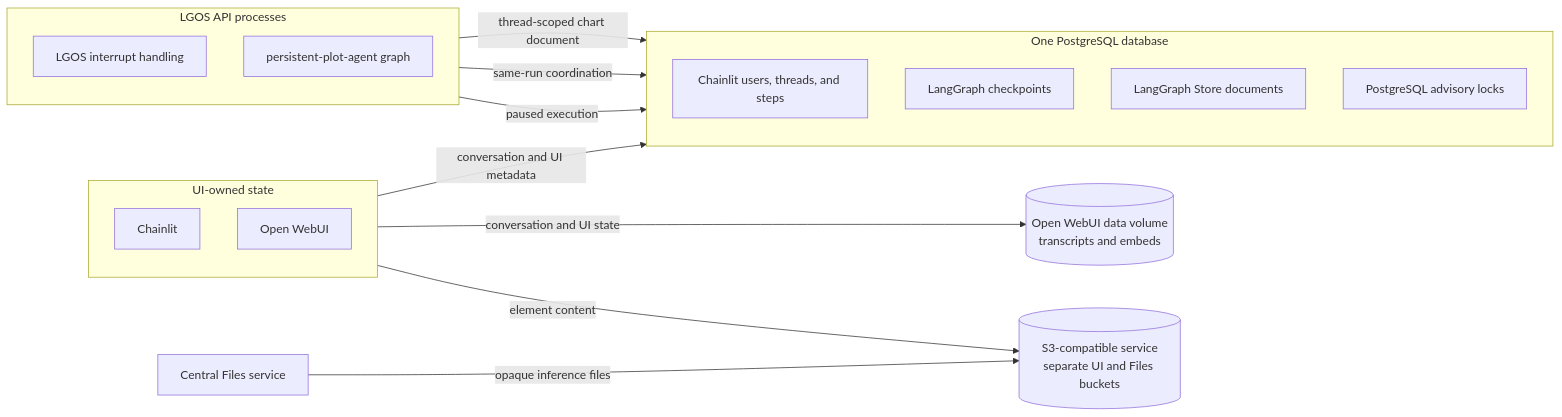
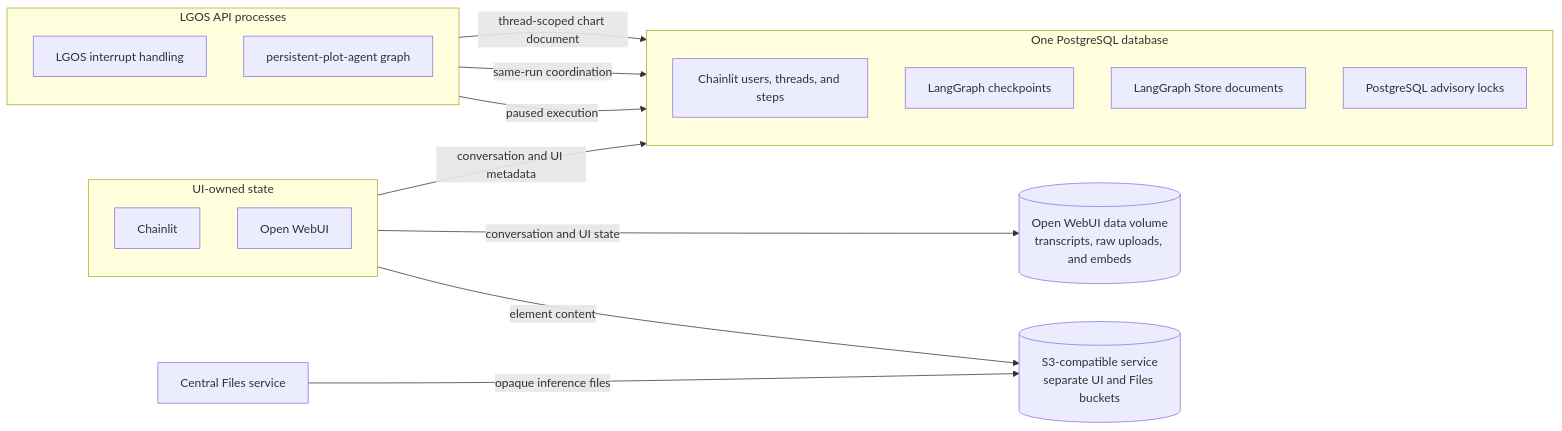
Before and after one commit to ilkersigirci/langgraph-openai-serve: the second of 2 diagrams in docs/demo/architecture.md, drawn with Mermaid. The commit also changed other lines of this file and 43 other files, not shown here.

````diff
--- a/docs/demo/architecture.md
+++ b/docs/demo/architecture.md
@@ -62,34 +65,34 @@
 ```mermaid
 flowchart LR
   subgraph clients["UI-owned state"]
     direction TB
     chainlit["Chainlit"]
     openwebui["Open WebUI"]
   end
 
   subgraph api["LGOS API processes"]
     direction TB
     interrupts["LGOS interrupt handling"]
     plot["persistent-plot-agent graph"]
   end
 
   subgraph postgres["One PostgreSQL database"]
     direction TB
     chainlit_rows["Chainlit users, threads, and steps"]
     checkpoints["LangGraph checkpoints"]
     store["LangGraph Store documents"]
     locks["PostgreSQL advisory locks"]
   end
 
   files_service["Central Files service"]
   s3[("S3-compatible service<br/>separate UI and Files buckets")]
-  openwebui_data[("Open WebUI data volume<br/>transcripts and embeds")]
+  openwebui_data[("Open WebUI data volume<br/>transcripts, raw uploads, and embeds")]
 
   chainlit -->|"conversation and UI metadata"| chainlit_rows
   chainlit -->|"element content"| s3
   files_service -->|"opaque inference files"| s3
   openwebui -->|"conversation and UI state"| openwebui_data
   interrupts -->|"paused execution"| checkpoints
   interrupts -->|"same-run coordination"| locks
   plot -->|"thread-scoped chart document"| store
 ```
````
